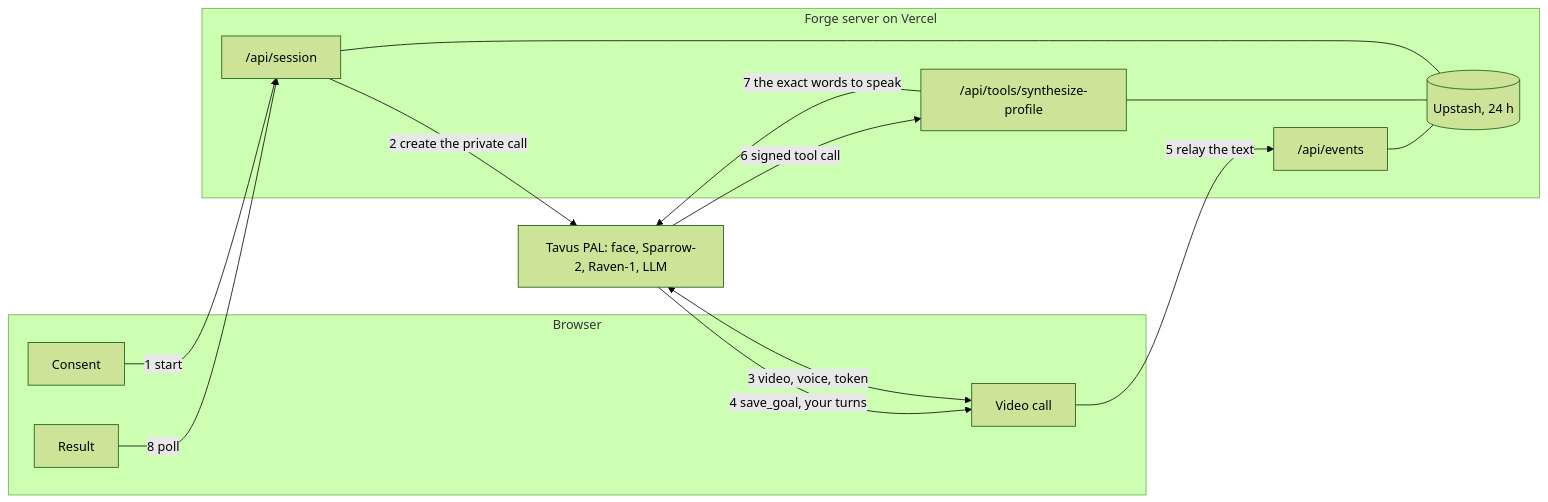
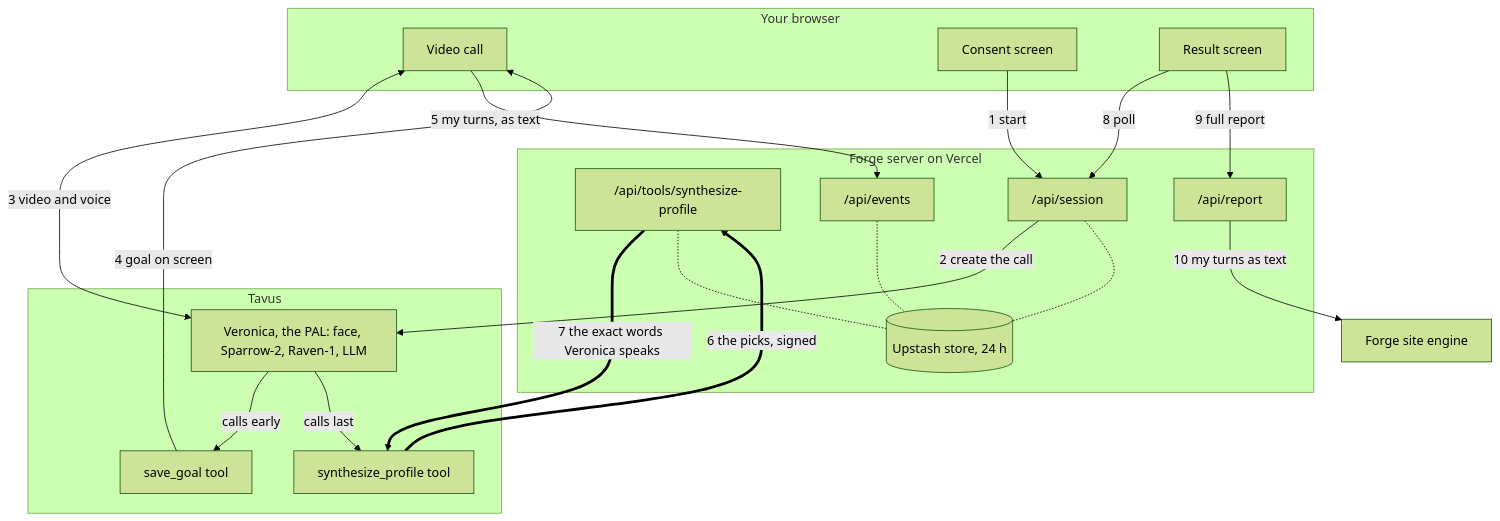
Before and after one commit to Elysian11110/forge-on-tavus: the diagram in README.md, drawn with Mermaid (forest theme). The commit also changed other lines of this file, not shown here.

Commit message:
readme for the open call, the full report and how veronica reads the room

````diff
--- a/README.md
+++ b/README.md
@@ -25,26 +26,37 @@
 ```mermaid
-flowchart LR
-  subgraph browser [Browser]
-    C[Consent]
-    V[Video call]
-    R[Result]
+flowchart TB
+  subgraph browser ["Your browser"]
+    V["Video call"]
+    C["Consent screen"]
+    R["Result screen"]
   end
-  subgraph server [Forge server on Vercel]
+  subgraph server ["Forge server on Vercel"]
     S["/api/session"]
     E["/api/events"]
     T["/api/tools/synthesize-profile"]
-    U[("Upstash, 24 h")]
+    U[("Upstash store, 24 h")]
+    Q["/api/report"]
   end
-  P["Tavus PAL: face, Sparrow-2, Raven-1, LLM"]
-  C -->|1 start| S
-  S -->|2 create the private call| P
-  V <-->|3 video, voice, token| P
-  P -->|4 save_goal, your turns| V
-  V -->|5 relay the text| E
-  P -->|6 signed tool call| T
-  T -->|7 the exact words to speak| P
-  R -->|8 poll| S
-  S --- U
-  E --- U
-  T --- U
+  F["Forge site engine"]
+  subgraph tavus ["Tavus"]
+    P["Veronica, the PAL: face, Sparrow-2, Raven-1, LLM"]
+    SG["save_goal tool"]
+    SP["synthesize_profile tool"]
+  end
+  V ~~~ T
+  V <-->|"3 video and voice"| P
+  V -->|"5 my turns, as text"| E
+  T ==>|"7 the exact words Veronica speaks"| SP
+  SP ==>|"6 the picks, signed"| T
+  P -->|"calls early"| SG
+  P -->|"calls last"| SP
+  SG -->|"4 goal on screen"| V
+  C -->|"1 start"| S
+  S -->|"2 create the call"| P
+  R -->|"8 poll"| S
+  R -->|"9 full report"| Q
+  Q -->|"10 my turns as text"| F
+  S -.- U
+  E -.- U
+  T -.- U
 ```
````
